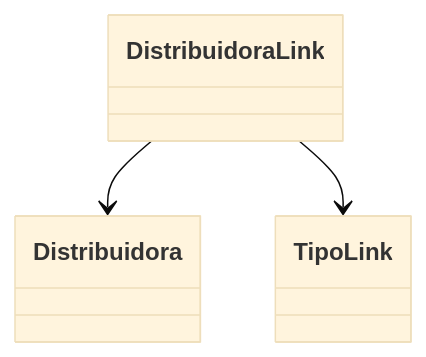
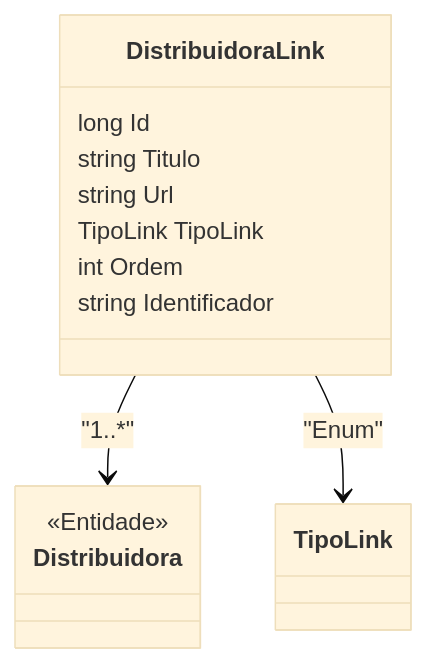
The diagram in docs/b2b-dominio/IsthmusWinthor.Nucleo/IsthmusWinthor.Dominio/Entidades/DistribuidoraLink.md (IsthmusSistemas/documentacao-tecnica), drawn with Mermaid (base theme) before and after one commit. The commit also changed other lines of this file and 882 other files, not shown here.

````diff
--- a/docs/b2b-dominio/IsthmusWinthor.Nucleo/IsthmusWinthor.Dominio/Entidades/DistribuidoraLink.md
+++ b/docs/b2b-dominio/IsthmusWinthor.Nucleo/IsthmusWinthor.Dominio/Entidades/DistribuidoraLink.md
@@ -22,5 +21,16 @@
 ```mermaid
 classDiagram
-    DistribuidoraLink --> Distribuidora
-    DistribuidoraLink --> TipoLink
+    class DistribuidoraLink {
+        long Id
+        string Titulo
+        string Url
+        TipoLink TipoLink
+        int Ordem
+        string Identificador
+    }
+    class Distribuidora {
+        <<Entidade>>
+    }
+    DistribuidoraLink --> Distribuidora : "1..*"
+    DistribuidoraLink --> TipoLink : "Enum"
 ```
````
